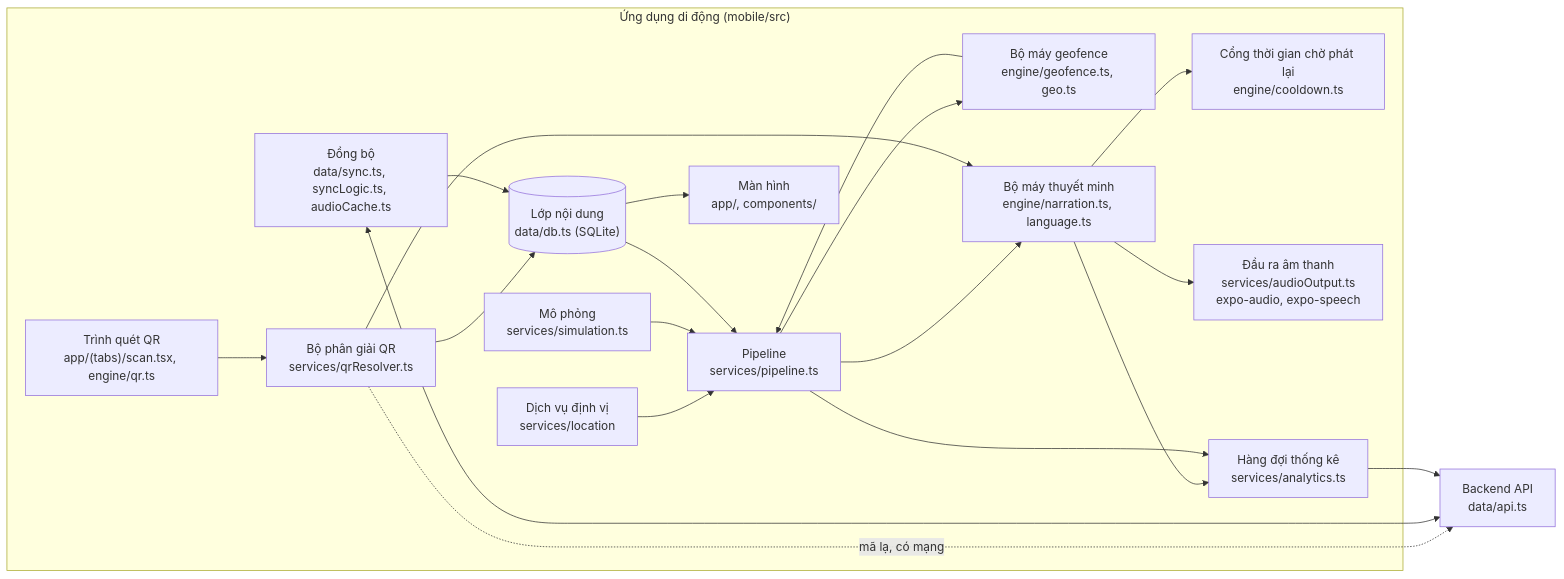
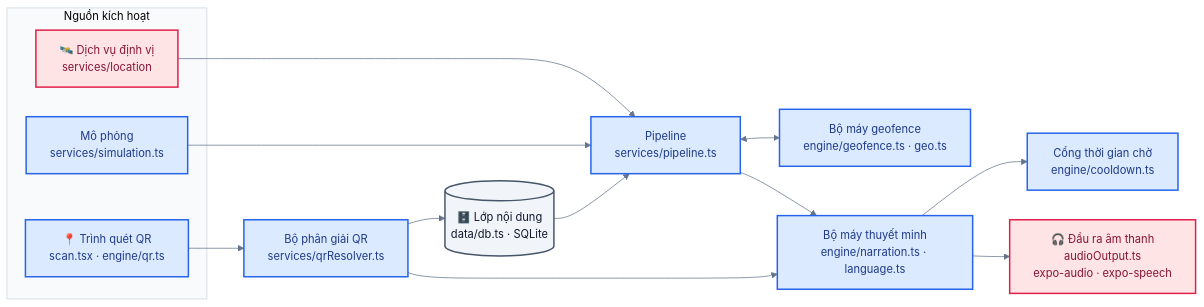
Before and after one commit to AiraLeFatale/CongNghePhanMem_Project: the fourth of 28 diagrams in docs/02-design.md, drawn with Mermaid. The commit also changed other lines of this file and 181 other files, not shown here.

````diff
--- a/docs/02-design.md
+++ b/docs/02-design.md
@@ -107,38 +151,31 @@
 ```mermaid
+%%{init: {"theme":"base","fontFamily":"Helvetica Neue, Arial, sans-serif","themeVariables":{"fontFamily":"Helvetica Neue, Arial, sans-serif","fontSize":"15px","primaryColor":"#EFF6FF","primaryBorderColor":"#3B82F6","primaryTextColor":"#0F172A","lineColor":"#64748B","secondaryColor":"#F0FDF4","tertiaryColor":"#FFFFFF","clusterBkg":"#F8FAFC","clusterBorder":"#CBD5E1","edgeLabelBackground":"#FFFFFF","noteBkgColor":"#FEF9C3","noteBorderColor":"#EAB308","actorBkg":"#DBEAFE","actorBorder":"#2563EB","actorTextColor":"#1E3A8A","signalColor":"#475569","signalTextColor":"#0F172A","labelBoxBkgColor":"#F1F5F9","labelBoxBorderColor":"#94A3B8","activationBkgColor":"#E0F2FE","activationBorderColor":"#0284C7","sequenceNumberColor":"#FFFFFF","pie1":"#16A34A","pie2":"#F59E0B","pie3":"#94A3B8","pie4":"#DC2626","pie5":"#2563EB","pie6":"#7C3AED","pieStrokeColor":"#FFFFFF","pieSectionTextColor":"#FFFFFF","quadrant1Fill":"#FEE2E2","quadrant2Fill":"#FEF3C7","quadrant3Fill":"#DCFCE7","quadrant4Fill":"#FEF3C7","quadrantPointFill":"#1E3A8A","quadrantPointTextFill":"#0F172A","git0":"#1E3A8A","gitBranchLabel0":"#FFFFFF","cScale0":"#DBEAFE","cScale1":"#DCFCE7","cScale2":"#EDE9FE","cScale3":"#FEF3C7","cScale4":"#FFE4E6","cScale5":"#E0F2FE","cScale6":"#F1F5F9"},"flowchart":{"curve":"basis","padding":16,"nodeSpacing":40,"rankSpacing":50},"sequence":{"showSequenceNumbers":true,"mirrorActors":false}}}%%
 flowchart LR
-    subgraph MOBILE["Ứng dụng di động (mobile/src)"]
-        LOC["Dịch vụ định vị<br/>services/location"]
-        SIM["Mô phỏng<br/>services/simulation.ts"]
-        PIPE["Pipeline<br/>services/pipeline.ts"]
-        GEO["Bộ máy geofence<br/>engine/geofence.ts, geo.ts"]
-        GATE["Cổng thời gian chờ phát lại<br/>engine/cooldown.ts"]
-        NAR["Bộ máy thuyết minh<br/>engine/narration.ts, language.ts"]
-        OUT["Đầu ra âm thanh<br/>services/audioOutput.ts<br/>expo-audio, expo-speech"]
-        QRS["Trình quét QR<br/>app/(tabs)/scan.tsx, engine/qr.ts"]
-        QRR["Bộ phân giải QR<br/>services/qrResolver.ts"]
-        UI["Màn hình<br/>app/, components/"]
-        CONTENT[("Lớp nội dung<br/>data/db.ts (SQLite)")]
-        SYNC["Đồng bộ<br/>data/sync.ts, syncLogic.ts, audioCache.ts"]
-        LOGQ["Hàng đợi thống kê<br/>services/analytics.ts"]
+    subgraph IN["Nguồn kích hoạt"]
+        LOC["🛰️ Dịch vụ định vị<br/>services/location"]:::ext
+        SIM["Mô phỏng<br/>services/simulation.ts"]:::mobile
+        QRS["📍 Trình quét QR<br/>scan.tsx · engine/qr.ts"]:::mobile
     end
-    API["Backend API<br/>data/api.ts"]
+    PIPE["Pipeline<br/>services/pipeline.ts"]:::mobile
+    GEO["Bộ máy geofence<br/>engine/geofence.ts · geo.ts"]:::mobile
+    QRR["Bộ phân giải QR<br/>services/qrResolver.ts"]:::mobile
+    CONTENT[("🗄️ Lớp nội dung<br/>data/db.ts · SQLite")]:::data
+    NAR["Bộ máy thuyết minh<br/>engine/narration.ts · language.ts"]:::mobile
+    GATE["Cổng thời gian chờ<br/>engine/cooldown.ts"]:::mobile
+    OUT["🎧 Đầu ra âm thanh<br/>audioOutput.ts<br/>expo-audio · expo-speech"]:::ext
 
     LOC --> PIPE
     SIM --> PIPE
-    PIPE --> GEO
-    GEO --> PIPE
+    PIPE <--> GEO
+    CONTENT --> PIPE
+    QRS --> QRR
+    QRR --> CONTENT
     PIPE --> NAR
+    QRR --> NAR
     NAR --> GATE
     NAR --> OUT
-    QRS --> QRR
-    QRR --> CONTENT
-    QRR -. "mã lạ, có mạng" .-> API
-    QRR --> NAR
-    CONTENT --> PIPE
-    CONTENT --> UI
-    SYNC --> CONTENT
-    SYNC <--> API
-    NAR --> LOGQ
-    PIPE --> LOGQ
-    LOGQ --> API
+    style IN fill:#F8FAFC,stroke:#CBD5E1
+    classDef mobile fill:#DBEAFE,stroke:#2563EB,stroke-width:2px,color:#1E3A8A
+    classDef ext fill:#FFE4E6,stroke:#E11D48,stroke-width:2px,color:#881337
+    classDef data fill:#F1F5F9,stroke:#475569,stroke-width:2px,color:#0F172A
 ```
````
